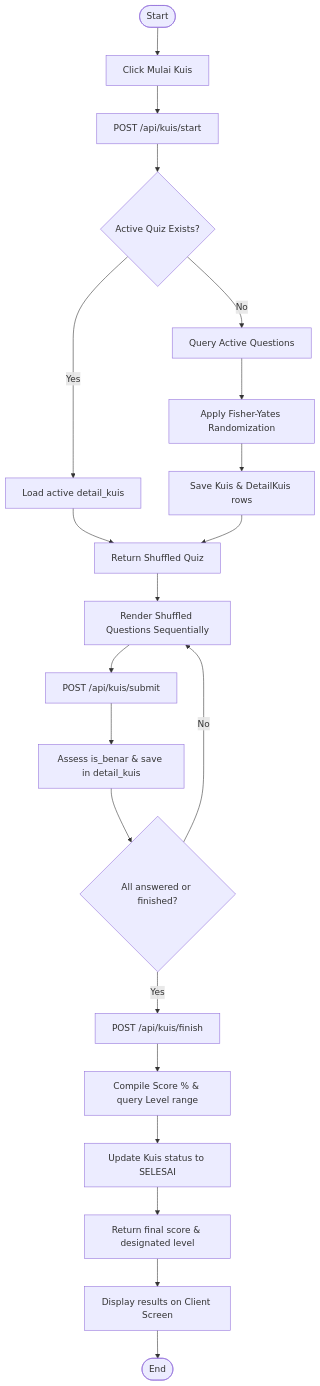
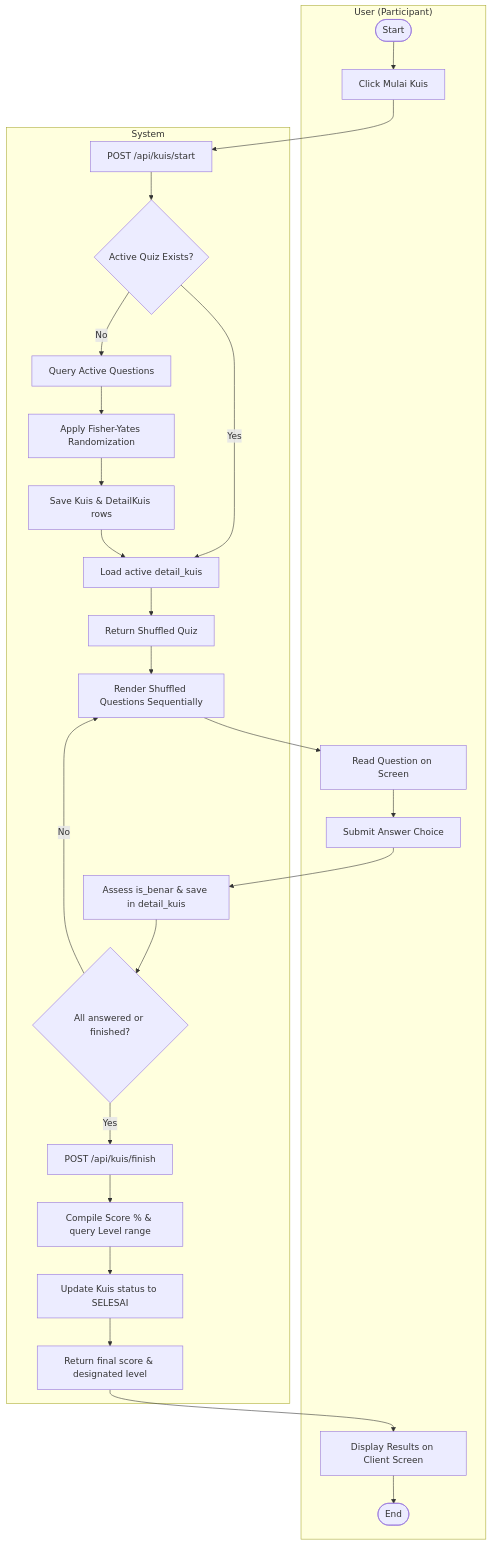
One commit to fikriks/quiz-shift-web changed the third of 6 diagrams in docs/database_flow_documentation.md. Above: the diagram before and after it, drawn with Mermaid. The commit also changed 2 other files, not shown here.

Commit message:
refactor: update system documentation and diagrams to refine actor-system interaction flows

````diff
--- a/docs/database_flow_documentation.md
+++ b/docs/database_flow_documentation.md
@@ -200,28 +200,35 @@
 ```mermaid
 flowchart TD
-    Start([Start]) --> ClickStart[Click Mulai Kuis]
-    ClickStart --> SendStart[POST /api/kuis/start]
-    SendStart --> CheckActive{Active Quiz Exists?}
-    
-    CheckActive -- Yes --> LoadActive[Load active detail_kuis]
-    LoadActive --> ReturnQuiz[Return Shuffled Quiz]
-    
-    CheckActive -- No --> LoadAllSoal[Query Active Questions]
-    LoadAllSoal --> FYAlgo[Apply Fisher-Yates Randomization]
-    FYAlgo --> SaveKuis[Save Kuis & DetailKuis rows]
-    SaveKuis --> ReturnQuiz
-    
-    ReturnQuiz --> ShowUI[Render Shuffled Questions Sequentially]
-    ShowUI --> SubmitAns[POST /api/kuis/submit]
-    SubmitAns --> VerifyAns[Assess is_benar & save in detail_kuis]
-    VerifyAns --> DoneLoop{All answered or finished?}
-    
-    DoneLoop -- No --> ShowUI
-    DoneLoop -- Yes --> ClickFinish[POST /api/kuis/finish]
-    
-    ClickFinish --> CalcScore[Compile Score % & query Level range]
-    CalcScore --> FinishKuis[Update Kuis status to SELESAI]
-    FinishKuis --> ReturnStats[Return final score & designated level]
-    ReturnStats --> ShowStats[Display results on Client Screen]
-    ShowStats --> End([End])
+    subgraph User ["User (Participant)"]
+        Start([Start]) --> ClickStart[Click Mulai Kuis]
+        ReadQuestion[Read Question on Screen] --> SubmitAns[Submit Answer Choice]
+        ShowStats[Display Results on Client Screen] --> End([End])
+    end
+
+    subgraph System ["System"]
+        ClickStart --> SendStart[POST /api/kuis/start]
+        SendStart --> CheckActive{Active Quiz Exists?}
+        
+        CheckActive -- Yes --> LoadActive[Load active detail_kuis]
+        
+        CheckActive -- No --> LoadAllSoal[Query Active Questions]
+        LoadAllSoal --> FYAlgo[Apply Fisher-Yates Randomization]
+        FYAlgo --> SaveKuis[Save Kuis & DetailKuis rows]
+        SaveKuis --> LoadActive
+        
+        LoadActive --> ReturnQuiz[Return Shuffled Quiz]
+        ReturnQuiz --> ShowUI[Render Shuffled Questions Sequentially]
+        ShowUI --> ReadQuestion
+        
+        SubmitAns --> VerifyAns[Assess is_benar & save in detail_kuis]
+        VerifyAns --> DoneLoop{All answered or finished?}
+        
+        DoneLoop -- No --> ShowUI
+        DoneLoop -- Yes --> ClickFinish[POST /api/kuis/finish]
+        
+        ClickFinish --> CalcScore[Compile Score % & query Level range]
+        CalcScore --> FinishKuis[Update Kuis status to SELESAI]
+        FinishKuis --> ReturnStats[Return final score & designated level]
+        ReturnStats --> ShowStats
+    end
 ```
````
